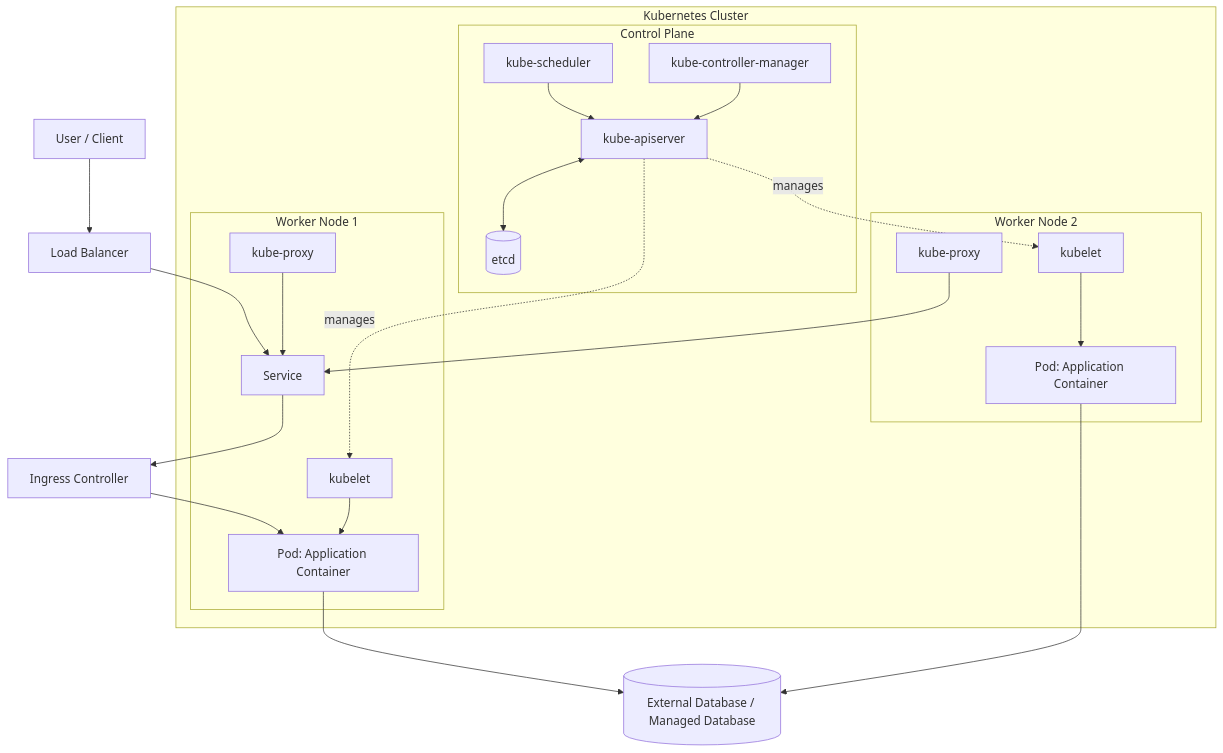
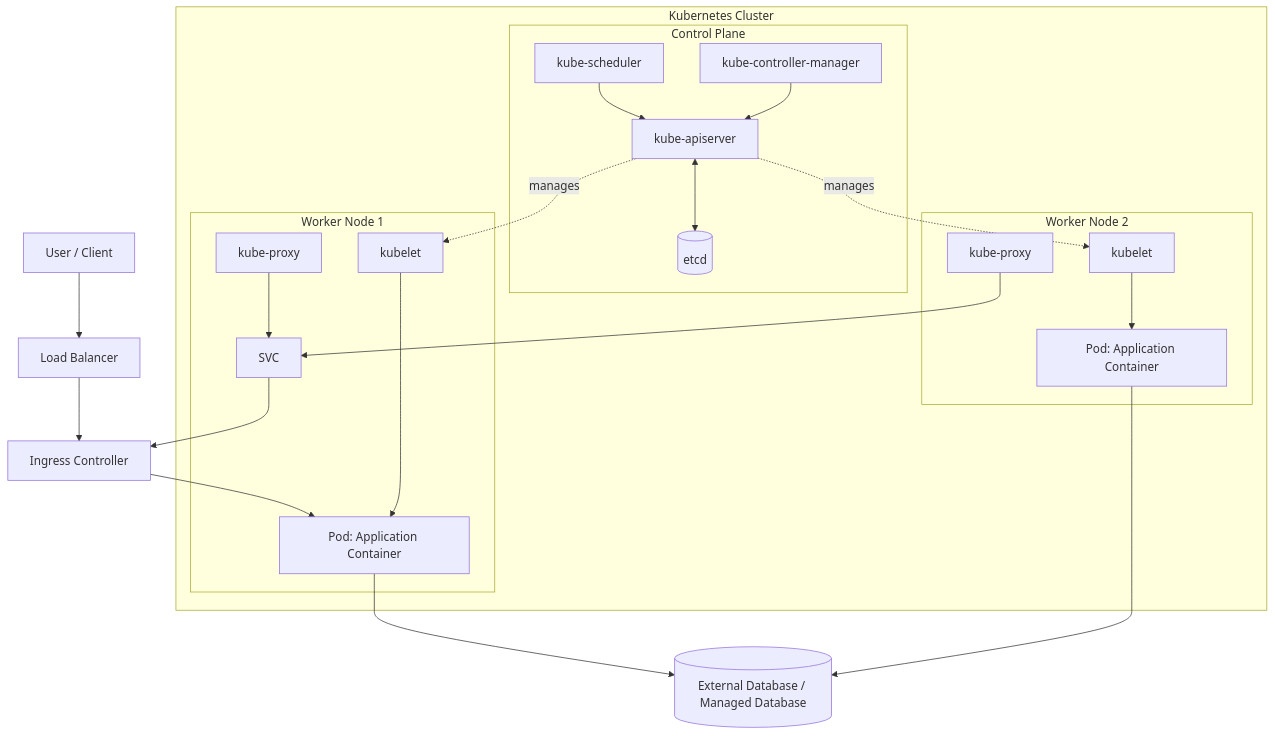
The diagram in Kubernetes/README.md (GuruRamPrasad/2026), drawn with Mermaid before and after one commit.

Commit message:
Readme file

````diff
--- a/Kubernetes/README.md
+++ b/Kubernetes/README.md
@@ -7,41 +7,41 @@
 ```mermaid
 flowchart TB
     U[User / Client] --> LB[Load Balancer]
-    LB --> SVC[Service]
+    LB --> ING[Ingress Controller]
     SVC --> ING[Ingress Controller]
     ING --> POD1
 
     subgraph CLUSTER[Kubernetes Cluster]
         subgraph CP[Control Plane]
             API[ kube-apiserver ]
             ETCD[(etcd)]
             SCH[kube-scheduler]
             CM[kube-controller-manager]
             API <--> ETCD
             SCH --> API
             CM --> API
         end
 
         subgraph W1[Worker Node 1]
             K1[kubelet]
             P1[kube-proxy]
             POD1[Pod: Application Container]
             K1 --> POD1
             P1 --> SVC
         end
 
         subgraph W2[Worker Node 2]
             K2[kubelet]
             P2[kube-proxy]
             POD2[Pod: Application Container]
             K2 --> POD2
             P2 --> SVC
         end
 
         API -. manages .-> K1
         API -. manages .-> K2
     end
 
     POD1 --> DB[(External Database / Managed Database)]
     POD2 --> DB
 ```
````
